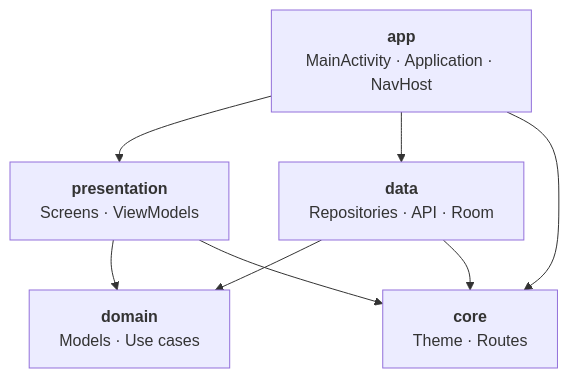
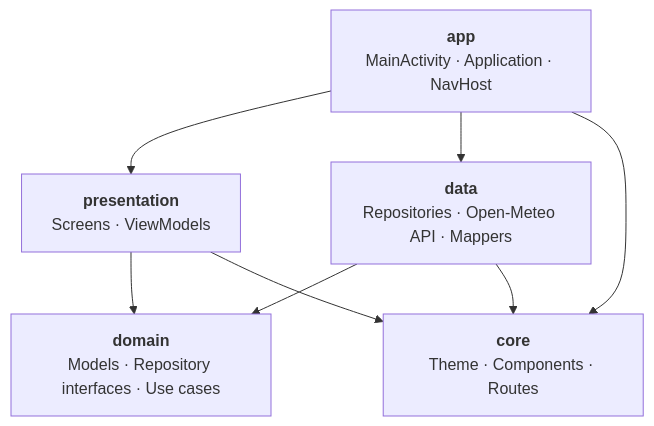
One commit to DMarques24/Sombra changed the second of 3 diagrams in README.md. Above: the diagram before and after it, drawn with Mermaid. The commit also changed other lines of this file, not shown here.

````diff
--- a/README.md
+++ b/README.md
@@ -157,16 +190,16 @@
 ```mermaid
 flowchart TD
     app["<b>app</b><br/>MainActivity · Application · NavHost"]
     presentation["<b>presentation</b><br/>Screens · ViewModels"]
-    data["<b>data</b><br/>Repositories · API · Room"]
-    domain["<b>domain</b><br/>Models · Use cases"]
-    core["<b>core</b><br/>Theme · Routes"]
+    data["<b>data</b><br/>Repositories · Open-Meteo API · Mappers"]
+    domain["<b>domain</b><br/>Models · Repository interfaces · Use cases"]
+    core["<b>core</b><br/>Theme · Components · Routes"]
 
     app --> presentation
     app --> data
     app --> core
     presentation --> domain
     presentation --> core
     data --> domain
     data --> core
 ```
````
